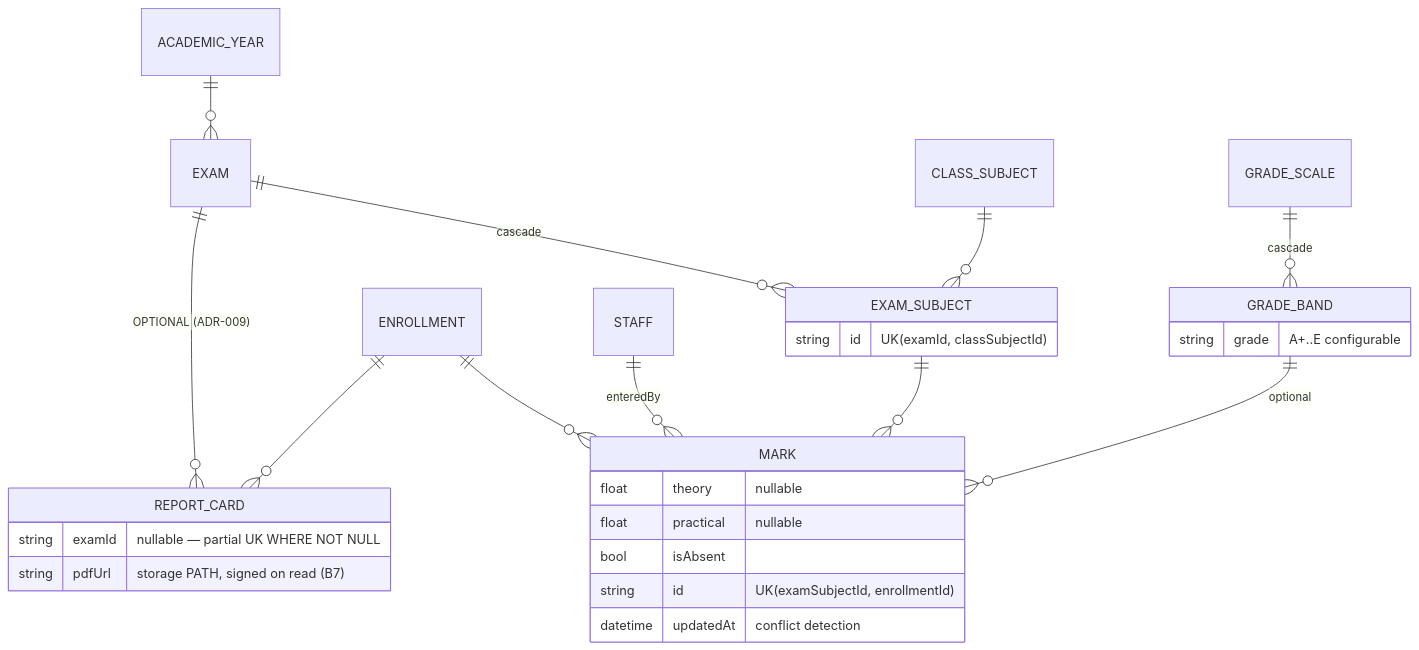
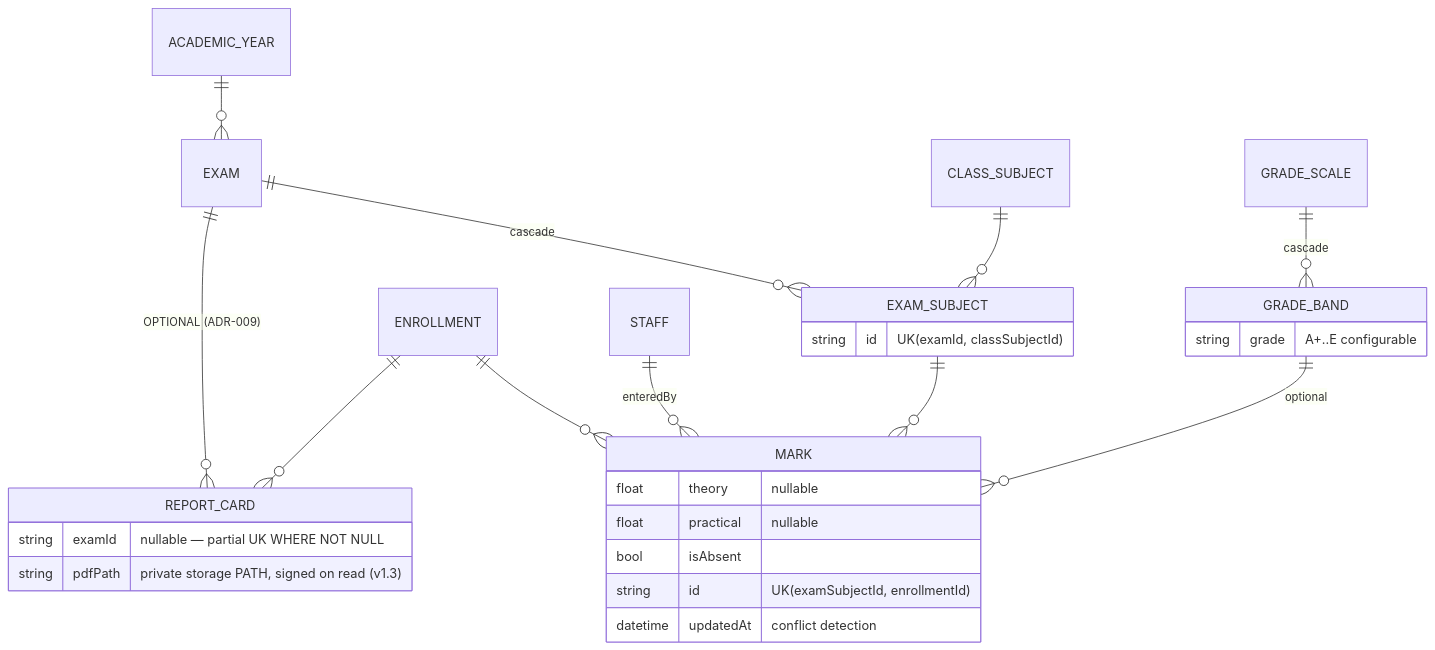
One commit to imanaswer/MobileApp changed the fourth of 6 diagrams in docs/DB_RELATIONSHIP_DIAGRAM.md. Above: the diagram before and after it, drawn with Mermaid. The commit also changed other lines of this file and 9 other files, not shown here.

Commit message:
docs: update PRD, API conventions, database schema, and project documentation

````diff
--- a/docs/DB_RELATIONSHIP_DIAGRAM.md
+++ b/docs/DB_RELATIONSHIP_DIAGRAM.md
@@ -95,27 +100,27 @@
 ```mermaid
 erDiagram
     ACADEMIC_YEAR ||--o{ EXAM : ""
     EXAM ||--o{ EXAM_SUBJECT : "cascade"
     CLASS_SUBJECT ||--o{ EXAM_SUBJECT : ""
     EXAM_SUBJECT ||--o{ MARK : ""
     ENROLLMENT ||--o{ MARK : ""
     STAFF ||--o{ MARK : "enteredBy"
     GRADE_SCALE ||--o{ GRADE_BAND : "cascade"
     GRADE_BAND ||--o{ MARK : "optional"
     ENROLLMENT ||--o{ REPORT_CARD : ""
     EXAM ||--o{ REPORT_CARD : "OPTIONAL (ADR-009)"
 
     EXAM_SUBJECT { string id "UK(examId, classSubjectId)" }
     MARK {
         float theory "nullable"
         float practical "nullable"
         bool isAbsent ""
         string id "UK(examSubjectId, enrollmentId)"
         datetime updatedAt "conflict detection"
     }
     GRADE_BAND { string grade "A+..E configurable" }
     REPORT_CARD {
         string examId "nullable — partial UK WHERE NOT NULL"
-        string pdfUrl "storage PATH, signed on read (B7)"
+        string pdfPath "private storage PATH, signed on read (v1.3)"
     }
 ```
````
